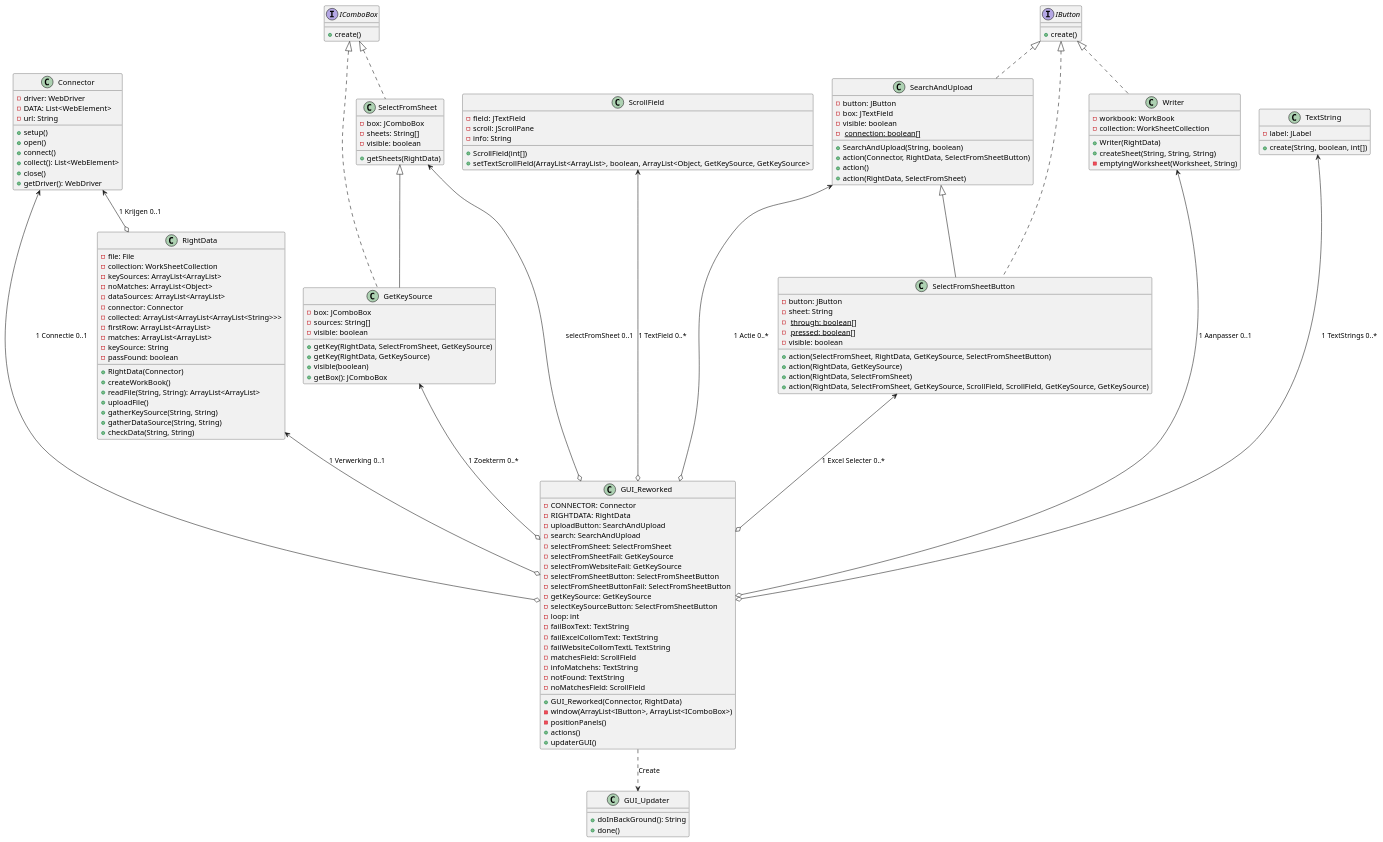
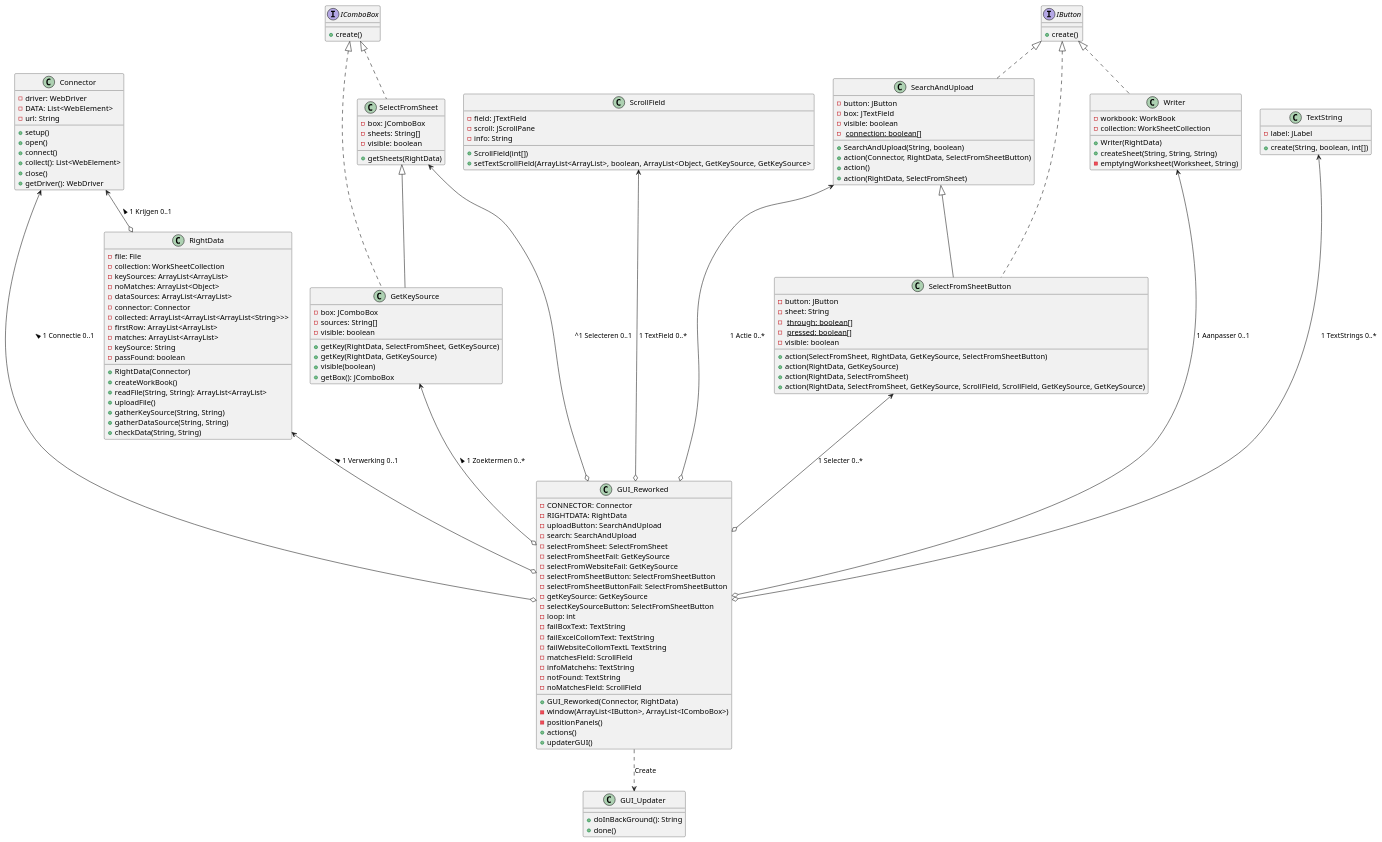
Before and after one commit to Jarnovis/De_Staten_Scanner_-Excel_Versie-: the diagram in UML- en tetxtfiles/UML Laatste Versie Overzichtelijker.puml, drawn with PlantUML.

Commit message:
Laatste wijzigingen UML

```diff
--- a/UML- en tetxtfiles/UML Laatste Versie Overzichtelijker.puml
+++ b/UML- en tetxtfiles/UML Laatste Versie Overzichtelijker.puml
@@ -1,175 +1,175 @@
 @startuml
 'skinparam linetype ortho
 class Connector{
 - driver: WebDriver
 - DATA: List<WebElement>
 - url: String
 
 + setup()
 + open()
 + connect()
 + collect(): List<WebElement>
 + close()
 + getDriver(): WebDriver
 }
 
 class GetKeySource{
 - box: JComboBox
 - sources: String[]
 - visible: boolean
 
 + getKey(RightData, SelectFromSheet, GetKeySource)
 + getKey(RightData, GetKeySource)
 + visible(boolean)
 + getBox(): JComboBox
 }
 
 class GUI_Reworked{
 - CONNECTOR: Connector
 - RIGHTDATA: RightData
 - uploadButton: SearchAndUpload
 - search: SearchAndUpload
 - selectFromSheet: SelectFromSheet
 - selectFromSheetFail: GetKeySource
 - selectFromWebsiteFail: GetKeySource
 - selectFromSheetButton: SelectFromSheetButton
 - selectFromSheetButtonFail: SelectFromSheetButton
 - getKeySource: GetKeySource
 - selectKeySourceButton: SelectFromSheetButton
 - loop: int
 - failBoxText: TextString
 - failExcelCollomText: TextString
 - failWebsiteCollomTextL TextString
 - matchesField: ScrollField
 - infoMatchehs: TextString
 - notFound: TextString
 - noMatchesField: ScrollField
 
 + GUI_Reworked(Connector, RightData)
 - window(ArrayList<IButton>, ArrayList<IComboBox>)
 - positionPanels()
 + actions()
 + updaterGUI()
 
 }
 
 class GUI_Updater{
 + doInBackGround(): String
 + done()
 }
 
 interface IButton{
 + create()
 }
 
 interface IComboBox{
 + create()
 }
 
 class RightData{
 - file: File
 - collection: WorkSheetCollection
 - keySources: ArrayList<ArrayList>
 - noMatches: ArrayList<Object>
 - dataSources: ArrayList<ArrayList>
 - connector: Connector
 - collected: ArrayList<ArrayList<ArrayList<String>>>
 - firstRow: ArrayList<ArrayList>
 - matches: ArrayList<ArrayList>
 - keySource: String
 - passFound: boolean
 
 + RightData(Connector)
 + createWorkBook()
 + readFile(String, String): ArrayList<ArrayList>
 + uploadFile()
 + gatherKeySource(String, String)
 + gatherDataSource(String, String)
 + checkData(String, String)
 }
 
 class ScrollField{
 - field: JTextField
 - scroll: JScrollPane
 - info: String
 
 + ScrollField(int[])
 + setTextScrollField(ArrayList<ArrayList>, boolean, ArrayList<Object, GetKeySource, GetKeySource>
 }
 
 class SearchAndUpload{
 - button: JButton
 - box: JTextField
 - visible: boolean
 - <u> connection: boolean[]
 
 + SearchAndUpload(String, boolean)
 + action(Connector, RightData, SelectFromSheetButton)
 + action()
 + action(RightData, SelectFromSheet)
 }
 
 class SelectFromSheet{
 - box: JComboBox
 - sheets: String[]
 - visible: boolean
 
 + getSheets(RightData)
 
 }
 
 class SelectFromSheetButton{
 - button: JButton
 - sheet: String
 - <u> through: boolean[]
 - <u> pressed: boolean[]
 - visible: boolean
 
 + action(SelectFromSheet, RightData, GetKeySource, SelectFromSheetButton)
 + action(RightData, GetKeySource)
 + action(RightData, SelectFromSheet)
 + action(RightData, SelectFromSheet, GetKeySource, ScrollField, ScrollField, GetKeySource, GetKeySource)
 }
 
 class TextString{
 - label: JLabel
 
 + create(String, boolean, int[])
 }
 
 class Writer{
 - workbook: WorkBook
 - collection: WorkSheetCollection
 
 + Writer(RightData)
 + createSheet(String, String, String)
 - emptyingWorksheet(Worksheet, String)
 }
 
 SelectFromSheet <|-- GetKeySource
 IComboBox <|.. GetKeySource
 GUI_Reworked ..> GUI_Updater: Create
 
-RightData <--o GUI_Reworked:  1 Verwerking 0..1
-Connector <--o GUI_Reworked:  1 Connectie 0..1
+RightData <--o GUI_Reworked:  < 1 Verwerking 0..1
+Connector <--o GUI_Reworked:  < 1 Connectie 0..1
 SearchAndUpload <--o GUI_Reworked: 1 Actie 0..*
-SelectFromSheet <--o GUI_Reworked: selectFromSheet 0..1
-GetKeySource <--o GUI_Reworked: 1 Zoekterm 0..*
-SelectFromSheetButton <--o GUI_Reworked: 1 Excel Selecter 0..*
+SelectFromSheet <--o GUI_Reworked: ^1 Selecteren 0..1
+GetKeySource <--o GUI_Reworked: < 1 Zoektermen 0..*
+SelectFromSheetButton <--o GUI_Reworked: 1 Selecter 0..*
 TextString <---o GUI_Reworked: 1 TextStrings 0..*
 ScrollField <---o GUI_Reworked: 1 TextField 0..*
 Writer <---o GUI_Reworked: 1 Aanpasser 0..1
 
-Connector <--o RightData: 1 Krijgen 0..1
+Connector <--o RightData: < 1 Krijgen 0..1
 
 IButton <|.. SearchAndUpload
 IButton <|.. SelectFromSheetButton
 IButton <|.. Writer
 
 IComboBox <|.. SelectFromSheet
 
 SearchAndUpload <|-- SelectFromSheetButton
 
 
 
 @enduml
```
